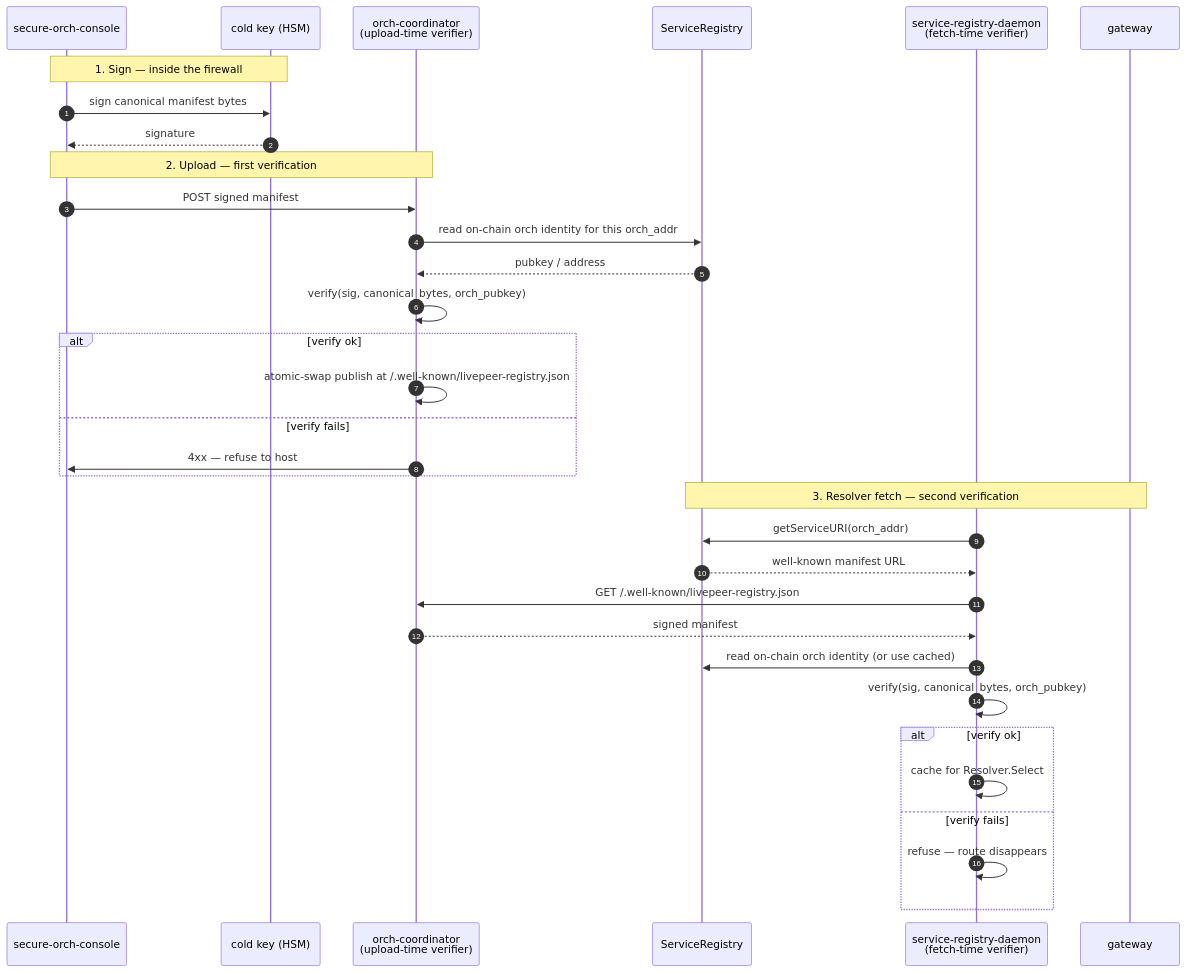
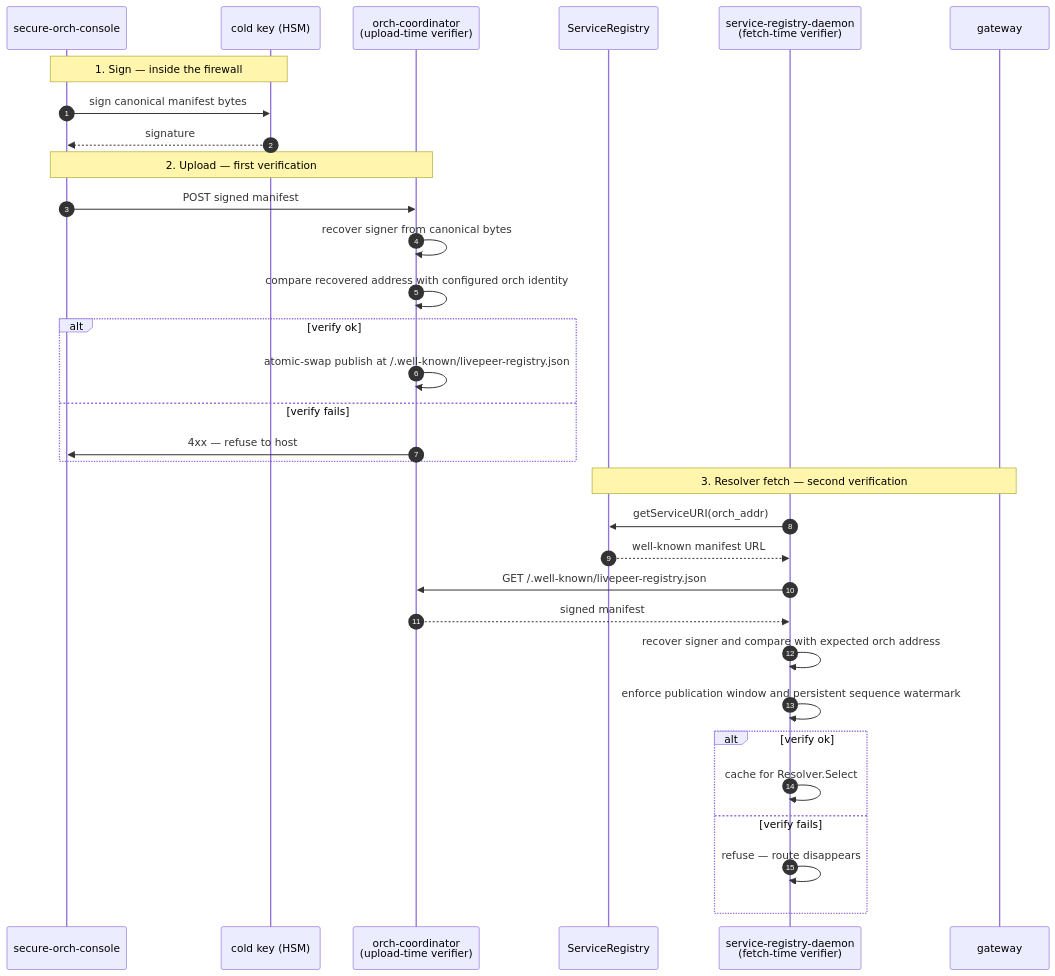
Before and after one commit to Cloud-SPE/livepeer-network-modules: the second of 2 diagrams in docs/design-docs/trust-model.md, drawn with Mermaid. The commit also changed other lines of this file and 59 other files, not shown here.

Commit message:
fix(registry): enforce publication validity and durable replay protection

````diff
--- a/docs/design-docs/trust-model.md
+++ b/docs/design-docs/trust-model.md
@@ -128,38 +128,37 @@
 ```mermaid
 sequenceDiagram
     autonumber
     participant SOC as secure-orch-console
     participant Cold as cold key (HSM)
     participant OC as orch-coordinator<br/>(upload-time verifier)
     participant Chain as ServiceRegistry
     participant SRD as service-registry-daemon<br/>(fetch-time verifier)
     participant GW as gateway
 
     Note over SOC,Cold: 1. Sign — inside the firewall
     SOC->>Cold: sign canonical manifest bytes
     Cold-->>SOC: signature
 
     Note over SOC,OC: 2. Upload — first verification
     SOC->>OC: POST signed manifest
-    OC->>Chain: read on-chain orch identity for this orch_addr
-    Chain-->>OC: pubkey / address
-    OC->>OC: verify(sig, canonical_bytes, orch_pubkey)
+    OC->>OC: recover signer from canonical bytes
+    OC->>OC: compare recovered address with configured orch identity
     alt verify ok
         OC->>OC: atomic-swap publish at /.well-known/livepeer-registry.json
     else verify fails
         OC->>SOC: 4xx — refuse to host
     end
 
     Note over GW,Chain: 3. Resolver fetch — second verification
     SRD->>Chain: getServiceURI(orch_addr)
     Chain-->>SRD: well-known manifest URL
     SRD->>OC: GET /.well-known/livepeer-registry.json
     OC-->>SRD: signed manifest
-    SRD->>Chain: read on-chain orch identity (or use cached)
-    SRD->>SRD: verify(sig, canonical_bytes, orch_pubkey)
+    SRD->>SRD: recover signer and compare with expected orch address
+    SRD->>SRD: enforce publication window and persistent sequence watermark
     alt verify ok
         SRD->>SRD: cache for Resolver.Select
     else verify fails
         SRD->>SRD: refuse — route disappears
     end
 ```
````
